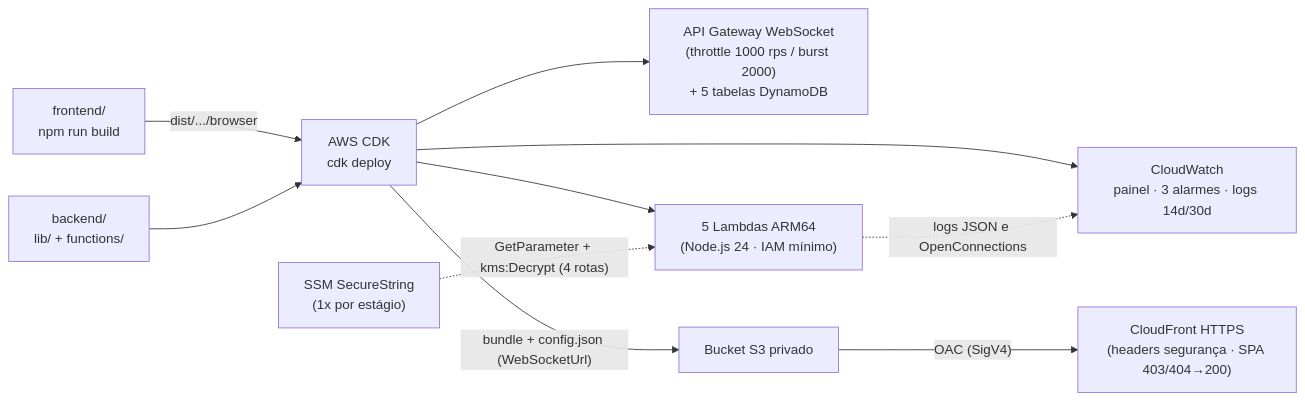
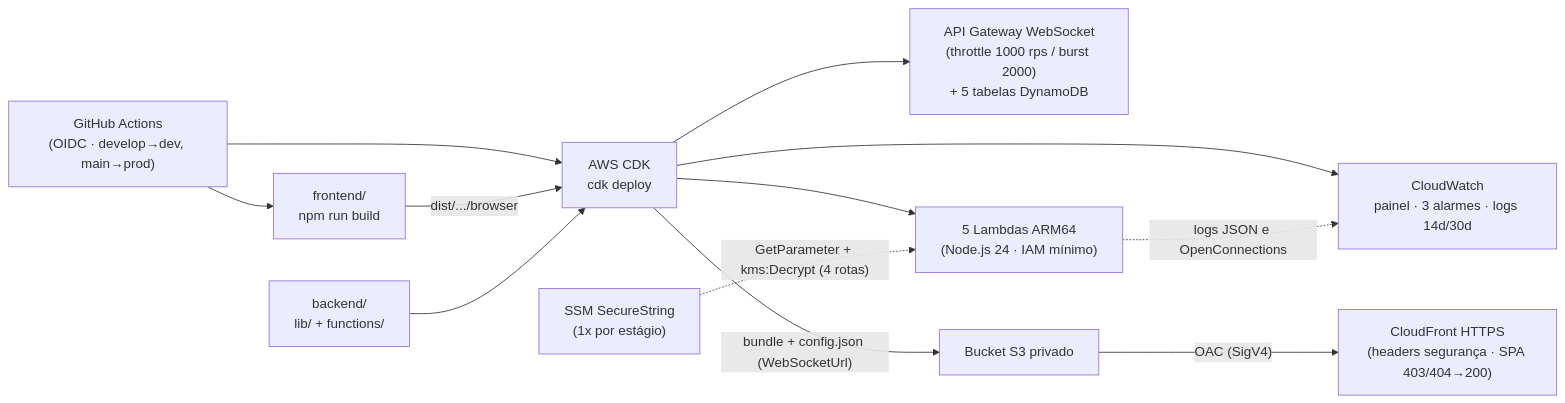
One commit to felipdsa21/hub-websocket-sd changed the diagram in docs/observabilidade-implantacao.md. Above: the diagram before and after it, drawn with Mermaid. The commit also changed other lines of this file and 3 other files, not shown here.

Commit message:
docs: documentar o deploy pela GitHub Actions

````diff
--- a/docs/observabilidade-implantacao.md
+++ b/docs/observabilidade-implantacao.md
@@ -40,12 +40,14 @@
 ```mermaid
 flowchart LR
+    GHA["GitHub Actions<br/>(OIDC · develop→dev, main→prod)"] --> FE
+    GHA --> CDK
     FE["frontend/<br/>npm run build"] -->|"dist/.../browser"| CDK["AWS CDK<br/>cdk deploy"]
     BE["backend/<br/>lib/ + functions/"] --> CDK
     CDK --> API["API Gateway WebSocket<br/>(throttle 1000 rps / burst 2000)<br/>+ 5 tabelas DynamoDB"]
     CDK --> LAM["5 Lambdas ARM64<br/>(Node.js 24 · IAM mínimo)"]
     CDK --> CW["CloudWatch<br/>painel · 3 alarmes · logs 14d/30d"]
     CDK -->|"bundle + config.json (WebSocketUrl)"| S3["Bucket S3 privado"]
     SSM["SSM SecureString<br/>(1x por estágio)"] -.->|"GetParameter + kms:Decrypt (4 rotas)"| LAM
     LAM -.->|"logs JSON e OpenConnections"| CW
     S3 -->|"OAC (SigV4)"| CF["CloudFront HTTPS<br/>(headers segurança · SPA 403/404→200)"]
 ```
````
